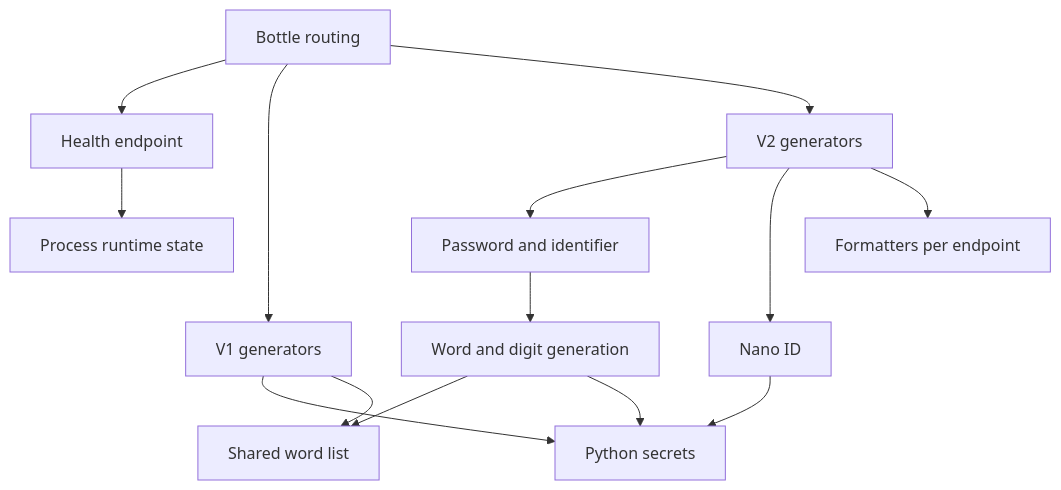
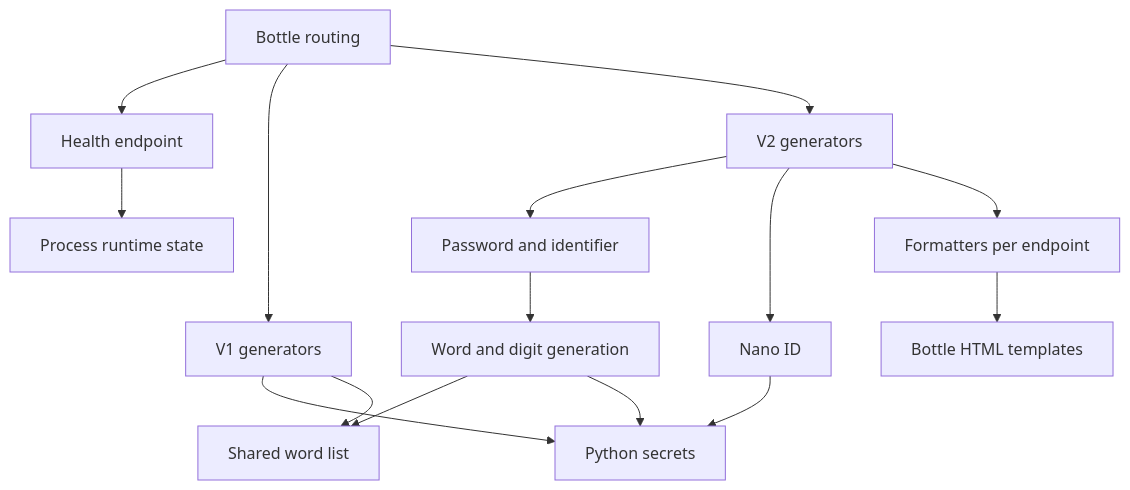
Before and after one commit to saschatrebbin/simple-servicetag-generator: the second of 3 diagrams in docs/architecture.md, drawn with Mermaid. The commit also changed other lines of this file and 16 other files, not shown here.

First line of the commit message:
Render V2 HTML with escaped Bottle templates

````diff
--- a/docs/architecture.md
+++ b/docs/architecture.md
@@ -27,17 +27,18 @@
 ```mermaid
 flowchart TD
     Router["Bottle routing"]
     Router --> Health["Health endpoint"]
     Router --> V1["V1 generators"]
     Router --> V2["V2 generators"]
     Health --> Runtime["Process runtime state"]
     V1 --> Secrets["Python secrets"]
     V1 --> Words["Shared word list"]
     V2 --> WordBased["Password and identifier"]
     V2 --> Nano["Nano ID"]
     V2 --> Formats["Formatters per endpoint"]
+    Formats --> Templates["Bottle HTML templates"]
     WordBased --> Common["Word and digit generation"]
     Common --> Words
     Common --> Secrets
     Nano --> Secrets
 ```
````
